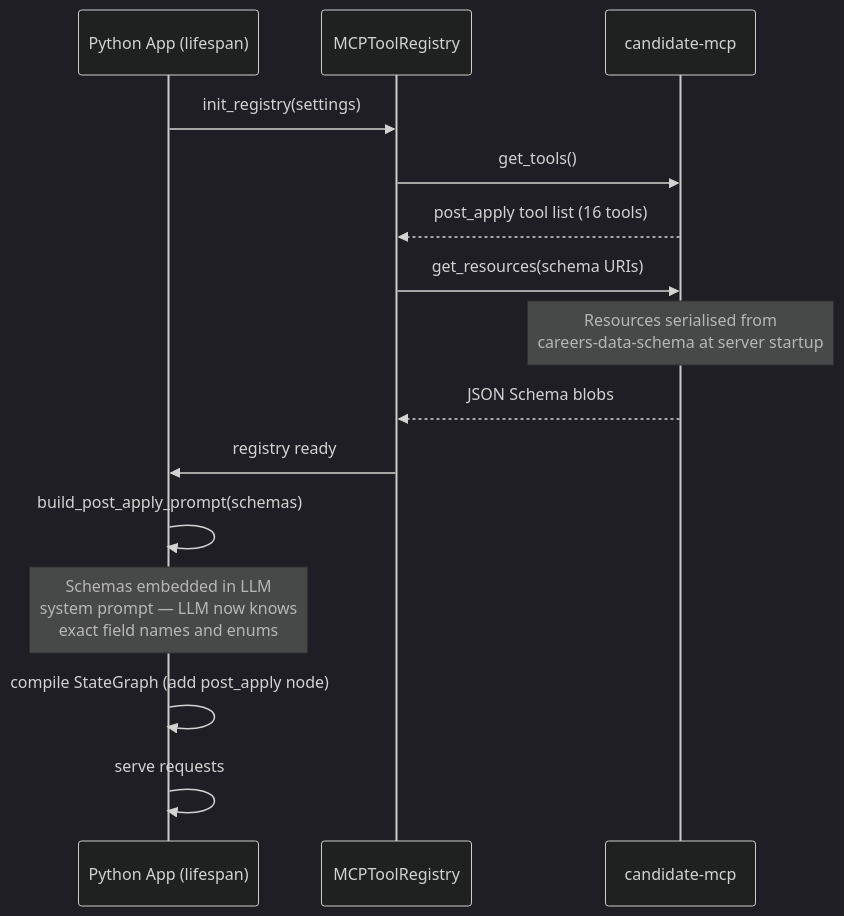
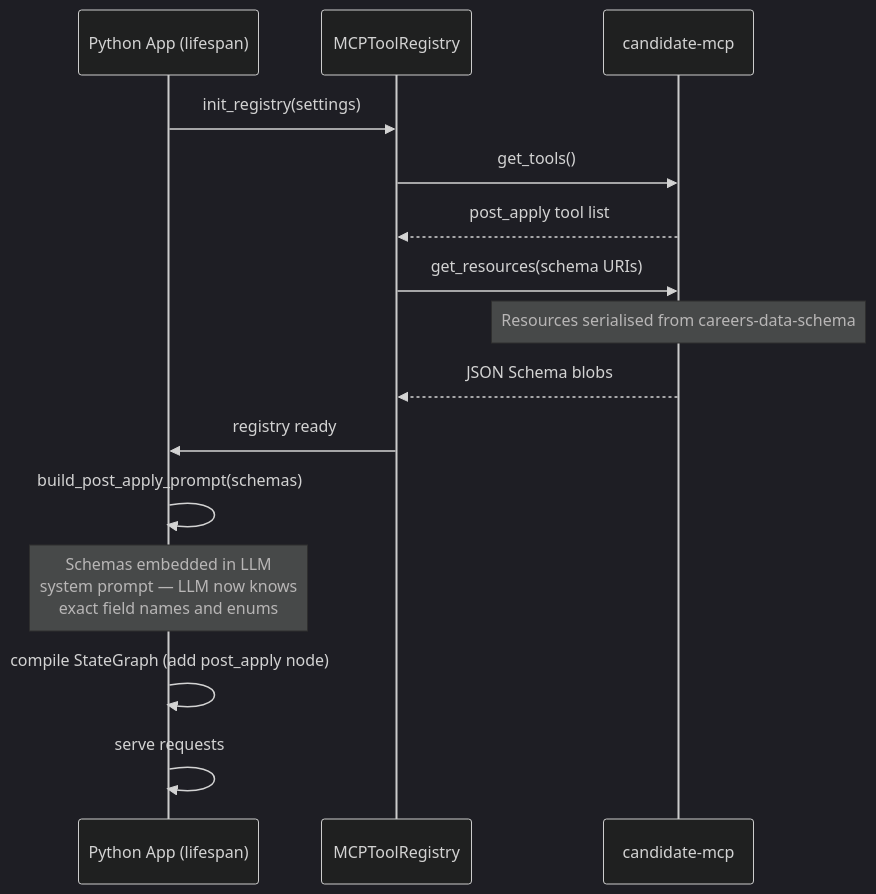
Diagram 14 of 35 in LLD_POST_APPLY_ASSISTANT.md (venkat-raman17/candidate-agent), drawn with Mermaid (dark theme) before and after one commit. The commit also changed other lines of this file, not shown here.

````diff
--- a/LLD_POST_APPLY_ASSISTANT.md
+++ b/LLD_POST_APPLY_ASSISTANT.md
@@ -1300,18 +917,18 @@
 ```mermaid
 sequenceDiagram
     participant App as Python App (lifespan)
     participant Reg as MCPToolRegistry
     participant CMCP as candidate-mcp
 
     App->>Reg: init_registry(settings)
     Reg->>CMCP: get_tools()
-    CMCP-->>Reg: post_apply tool list (16 tools)
+    CMCP-->>Reg: post_apply tool list
     Reg->>CMCP: get_resources(schema URIs)
-    note over CMCP: Resources serialised from<br/>careers-data-schema at server startup
+    note over CMCP: Resources serialised from careers-data-schema
     CMCP-->>Reg: JSON Schema blobs
     Reg->>App: registry ready
     App->>App: build_post_apply_prompt(schemas)
     note over App: Schemas embedded in LLM<br/>system prompt — LLM now knows<br/>exact field names and enums
     App->>App: compile StateGraph (add post_apply node)
     App->>App: serve requests
 ```
````
